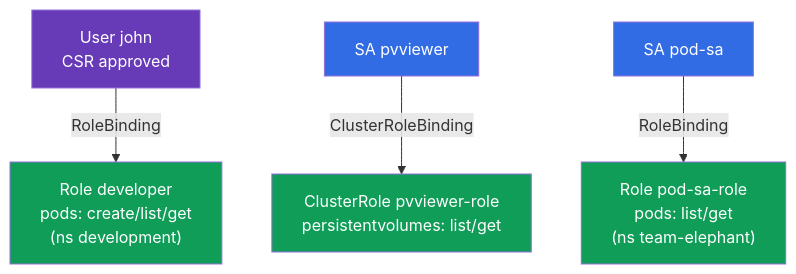
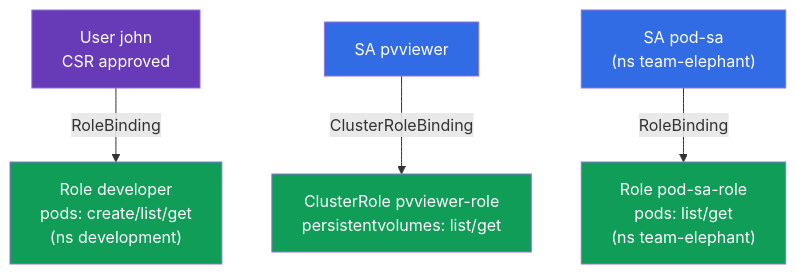
One commit to ViktorUJ/cks changed the diagram in tasks/cka/labs/113/README_RU.MD. Above: the diagram before and after it, drawn with Mermaid. The commit also changed other lines of this file and 36 other files, not shown here.

````diff
--- a/tasks/cka/labs/113/README_RU.MD
+++ b/tasks/cka/labs/113/README_RU.MD
@@ -29,12 +34,18 @@
 ```mermaid
 flowchart TB
-    john["User john<br>CSR approved"] -->|"RoleBinding"| r1["Role developer<br>pods: create/list/get<br>(ns development)"]
-    sa1["SA pvviewer"] -->|"ClusterRoleBinding"| cr["ClusterRole pvviewer-role<br>persistentvolumes: list/get"]
-    sa2["SA pod-sa"] -->|"RoleBinding"| r2["Role pod-sa-role<br>pods: list/get<br>(ns team-elephant)"]
+    john["User john<br>CSR approved"]
+    r1["Role developer<br>pods: create/list/get<br>(ns development)"]
+    sa1["SA pvviewer"]
+    cr["ClusterRole pvviewer-role<br>persistentvolumes: list/get"]
+    sa2["SA pod-sa<br>(ns team-elephant)"]
+    r2["Role pod-sa-role<br>pods: list/get<br>(ns team-elephant)"]
+    john -->|"RoleBinding"| r1
+    sa1 -->|"ClusterRoleBinding"| cr
+    sa2 -->|"RoleBinding"| r2
     style john fill:#673ab7,color:#fff
     style r1 fill:#0f9d58,color:#fff
     style sa1 fill:#326ce5,color:#fff
     style cr fill:#0f9d58,color:#fff
     style sa2 fill:#326ce5,color:#fff
     style r2 fill:#0f9d58,color:#fff
 ```
````
